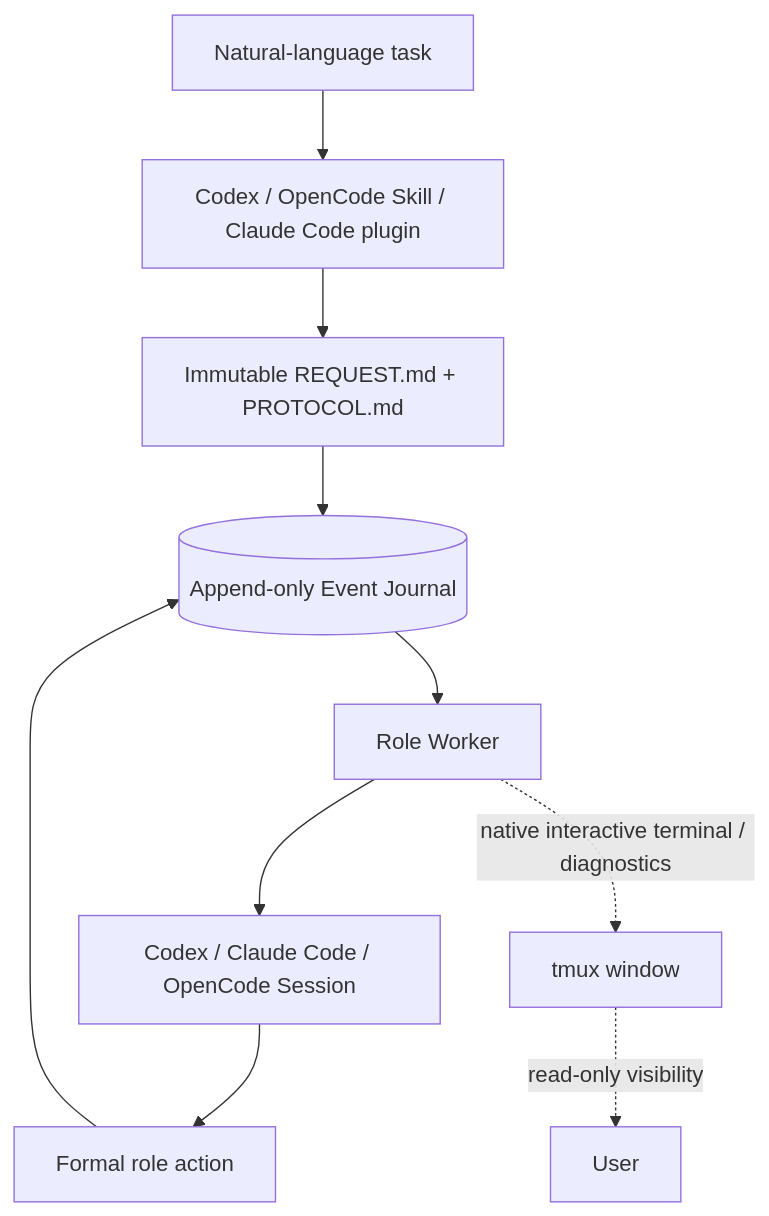
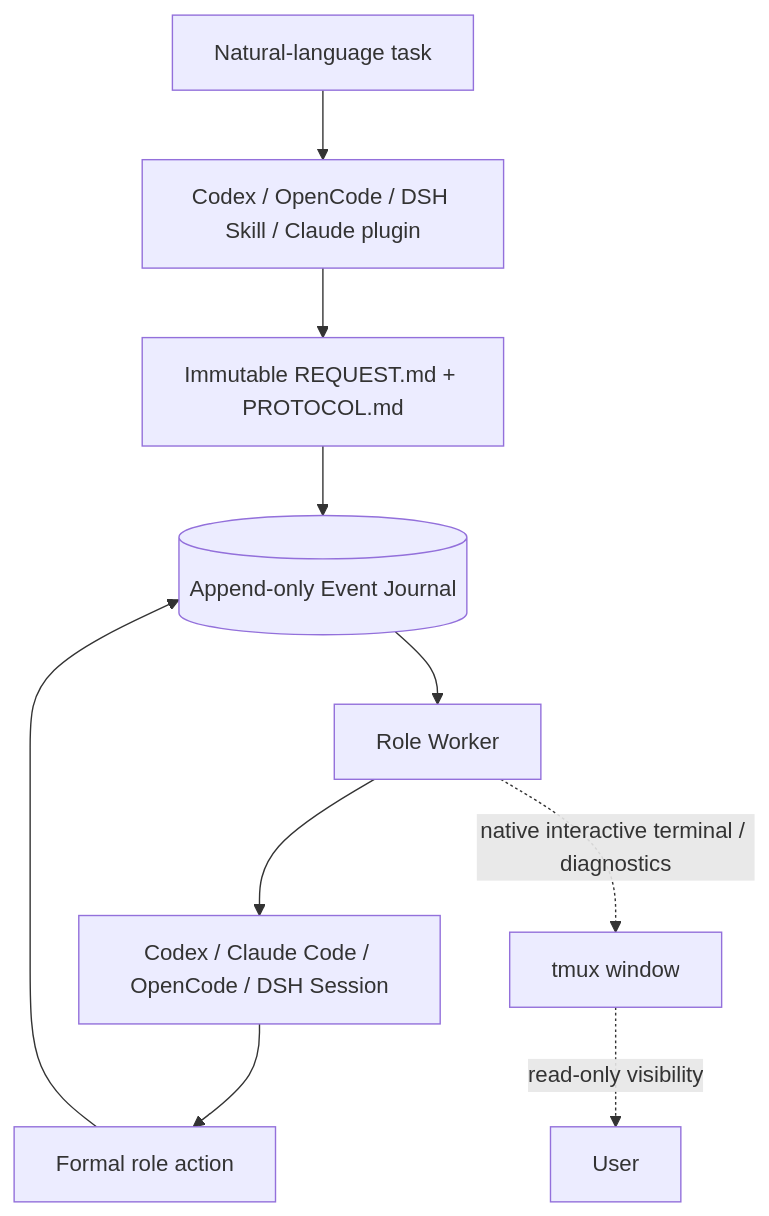
The first of 2 diagrams in README.md (jicezeng/agent-team), drawn with Mermaid before and after one commit. The commit also changed other lines of this file and 37 other files, not shown here.

````diff
--- a/README.md
+++ b/README.md
@@ -40,12 +40,12 @@
 ```mermaid
 flowchart TB
-    Task[Natural-language task] --> Integration[Codex / OpenCode Skill / Claude Code plugin]
+    Task[Natural-language task] --> Integration[Codex / OpenCode / DSH Skill / Claude plugin]
     Integration --> Inputs[Immutable REQUEST.md + PROTOCOL.md]
     Inputs --> Journal[(Append-only Event Journal)]
     Journal --> Worker[Role Worker]
-    Worker --> Harness[Codex / Claude Code / OpenCode Session]
+    Worker --> Harness[Codex / Claude Code / OpenCode / DSH Session]
     Harness --> Action[Formal role action]
     Action --> Journal
     Worker -. native interactive terminal / diagnostics .-> Tmux[tmux window]
     Tmux -. read-only visibility .-> User[User]
 ```
````
